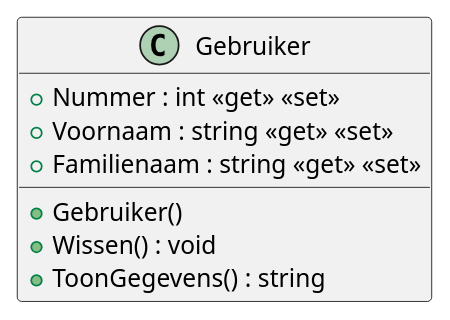
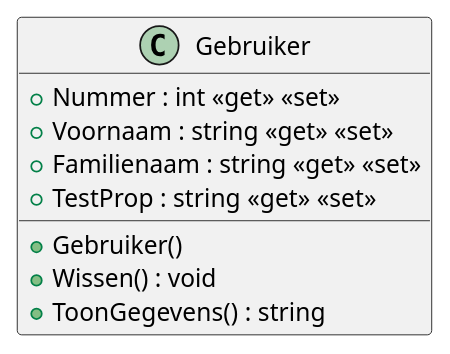
One commit to it-graduaten/template-csharp-ooprogramming-oefeningen-pe changed the diagram in 01/01_00/plantuml/Models/Gebruiker.puml. Above: the diagram before and after it, drawn with PlantUML. The commit also changed 1 other file, not shown here.

```diff
--- a/01/01_00/plantuml/Models/Gebruiker.puml
+++ b/01/01_00/plantuml/Models/Gebruiker.puml
@@ -1,10 +1,11 @@
 @startuml
 class Gebruiker {
     + Nummer : int <<get>> <<set>>
     + Voornaam : string <<get>> <<set>>
     + Familienaam : string <<get>> <<set>>
+    + TestProp : string <<get>> <<set>>
     + Gebruiker()
     + Wissen() : void
     + ToonGegevens() : string
 }
 @enduml
```
